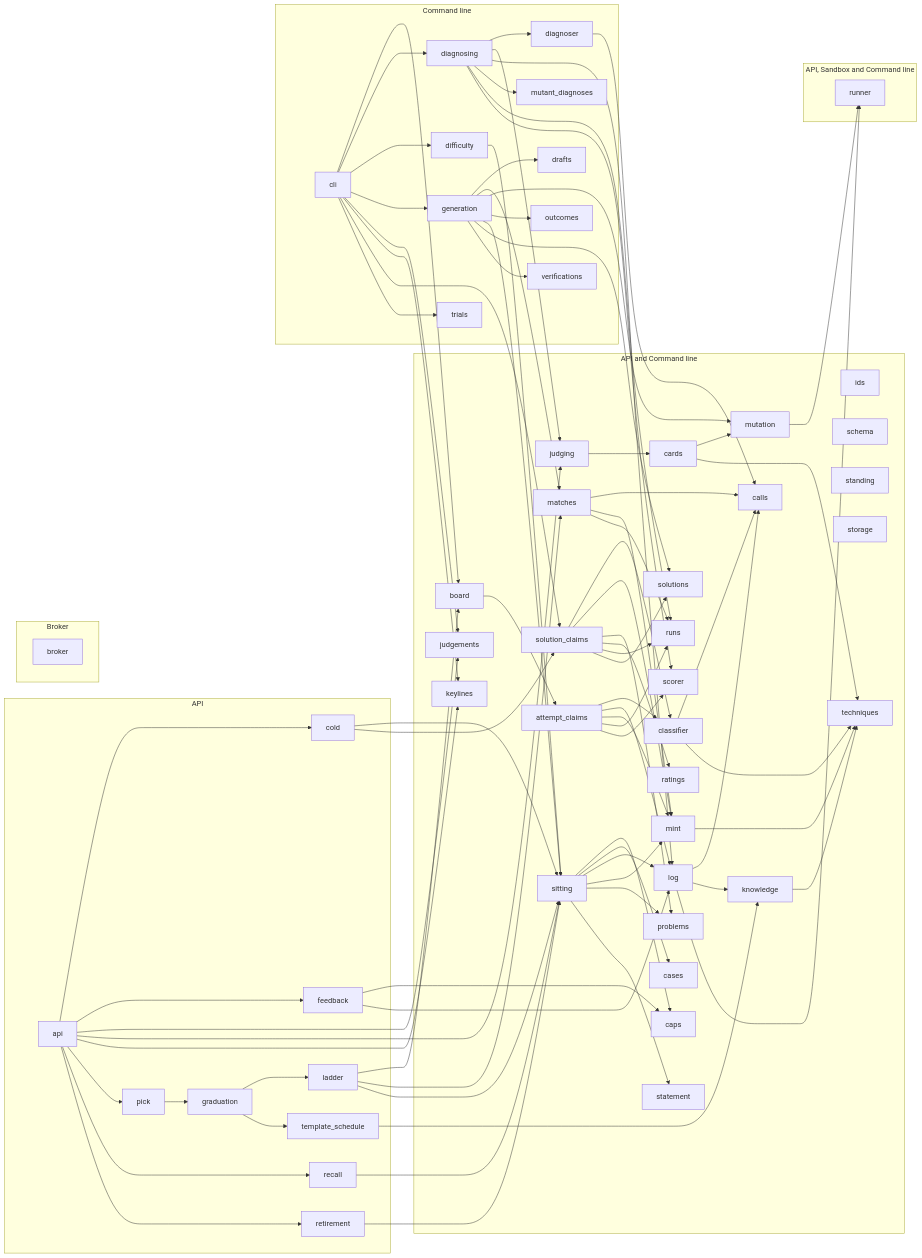
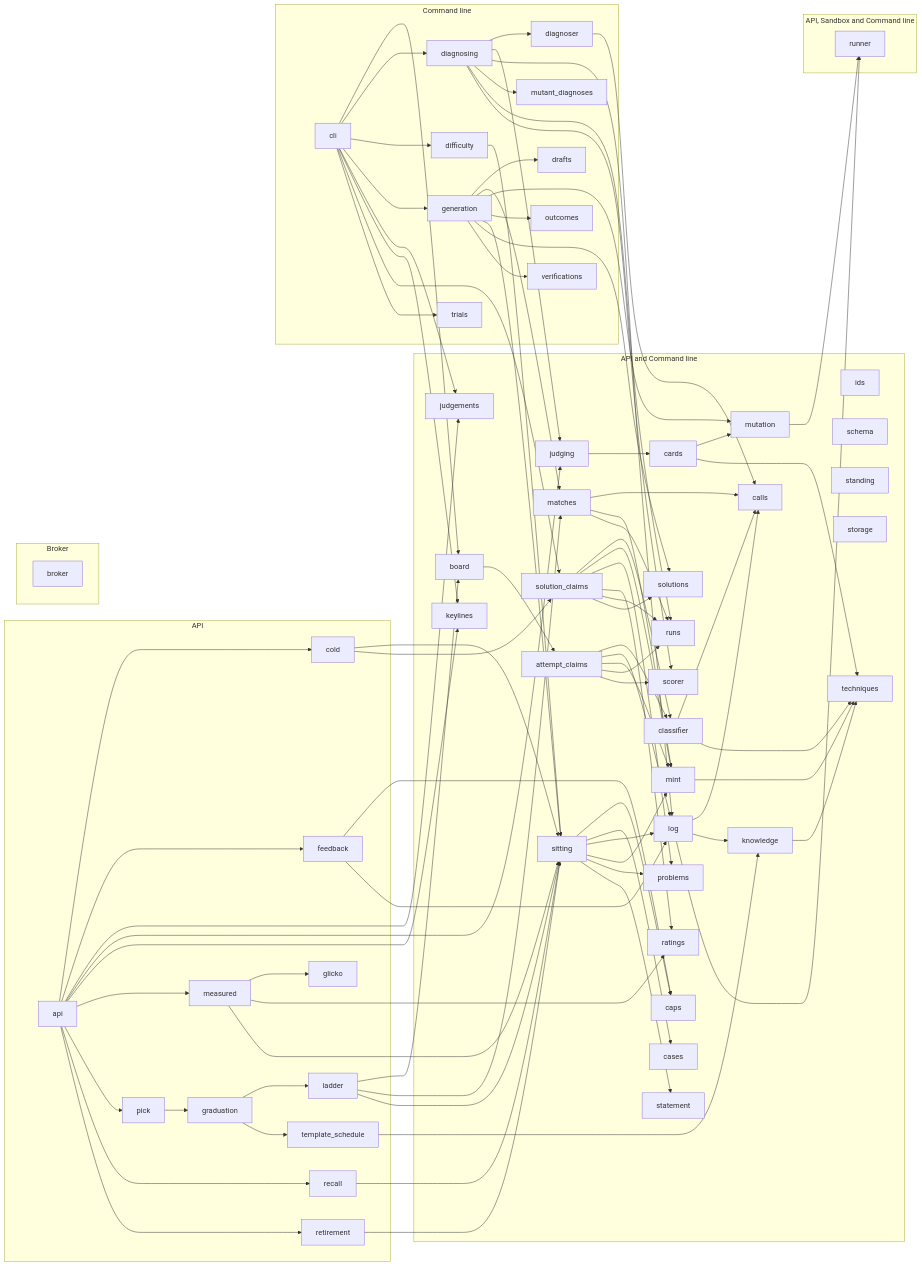
Before and after one commit to climbance/climbance: the diagram in docs/architecture/modules.md, drawn with Mermaid. The commit also changed 11 other files, not shown here.

```diff
--- a/docs/architecture/modules.md
+++ b/docs/architecture/modules.md
@@ -38,8 +38,10 @@
         climb_api["api"]
         climb_cold["cold"]
         climb_feedback["feedback"]
+        climb_glicko["glicko"]
         climb_graduation["graduation"]
         climb_ladder["ladder"]
+        climb_measured["measured"]
         climb_pick["pick"]
         climb_recall["recall"]
         climb_retirement["retirement"]
@@ -98,6 +100,7 @@
     climb_api --> climb_judgements
     climb_api --> climb_judging
     climb_api --> climb_keylines
+    climb_api --> climb_measured
     climb_api --> climb_pick
     climb_api --> climb_recall
     climb_api --> climb_retirement
@@ -151,6 +154,9 @@
     climb_matches --> climb_calls
     climb_matches --> climb_mint
     climb_matches --> climb_runs
+    climb_measured --> climb_glicko
+    climb_measured --> climb_ratings
+    climb_measured --> climb_sitting
     climb_mint --> climb_techniques
     climb_mutation --> climb_runner
     climb_pick --> climb_graduation
```
